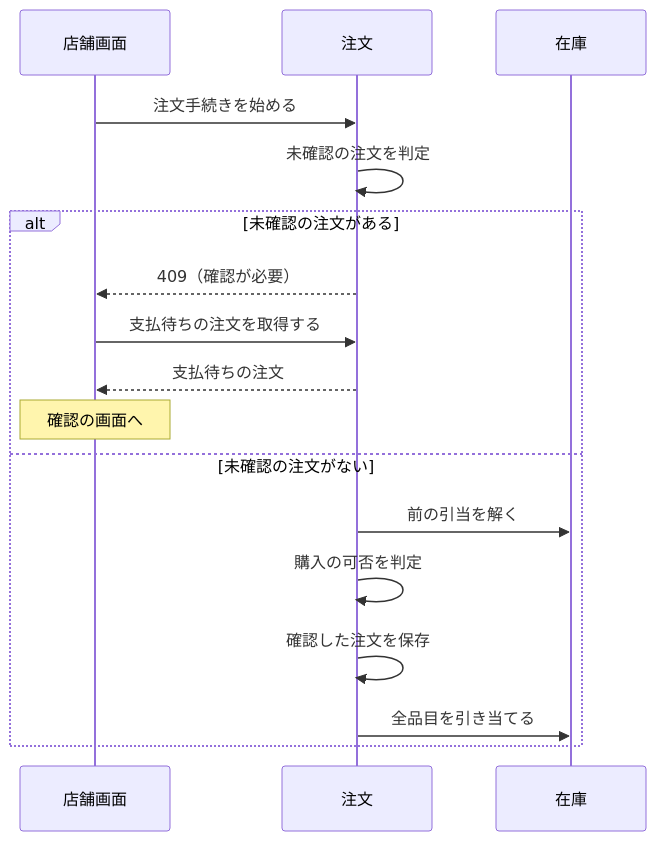
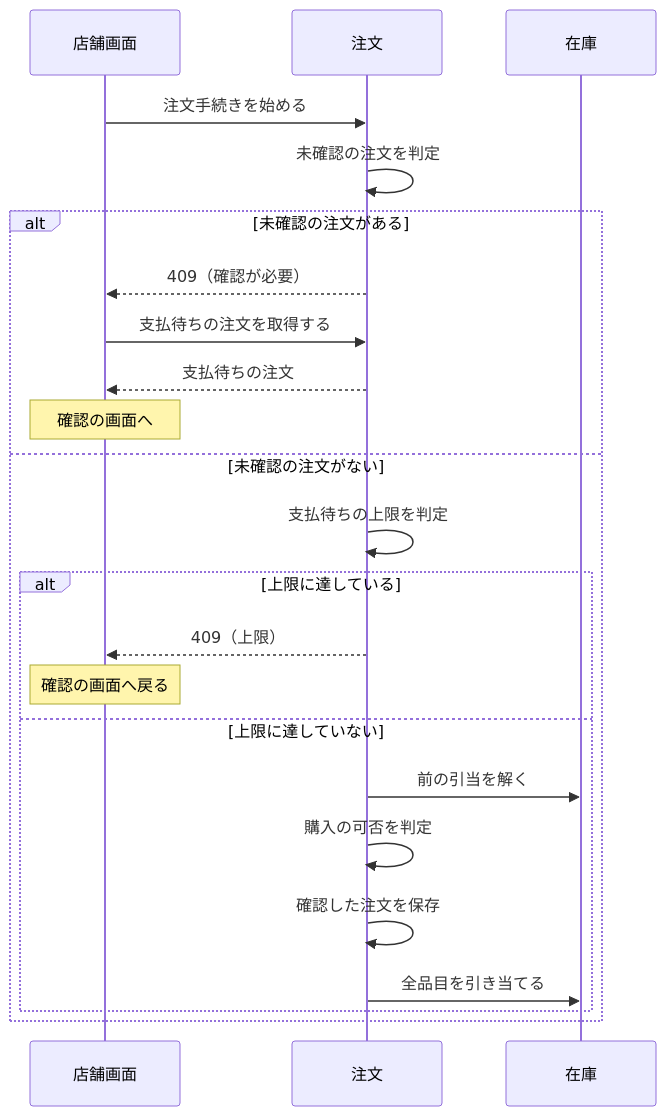
One commit to roger88106/ec-site changed the first of 4 diagrams in docs/02-設計/order.md. Above: the diagram before and after it, drawn with Mermaid. The commit also changed other lines of this file and 4 other files, not shown here.

````diff
--- a/docs/02-設計/order.md
+++ b/docs/02-設計/order.md
@@ -37,19 +37,25 @@
 ```mermaid
 sequenceDiagram
     participant U as 店舗画面
     participant O as 注文
     participant I as 在庫
     U->>O: 注文手続きを始める
     O->>O: 未確認の注文を判定
     alt 未確認の注文がある
         O-->>U: 409（確認が必要）
         U->>O: 支払待ちの注文を取得する
         O-->>U: 支払待ちの注文
         Note over U: 確認の画面へ
     else 未確認の注文がない
-        O->>I: 前の引当を解く
-        O->>O: 購入の可否を判定
-        O->>O: 確認した注文を保存
-        O->>I: 全品目を引き当てる
+        O->>O: 支払待ちの上限を判定
+        alt 上限に達している
+            O-->>U: 409（上限）
+            Note over U: 確認の画面へ戻る
+        else 上限に達していない
+            O->>I: 前の引当を解く
+            O->>O: 購入の可否を判定
+            O->>O: 確認した注文を保存
+            O->>I: 全品目を引き当てる
+        end
     end
 ```
````
